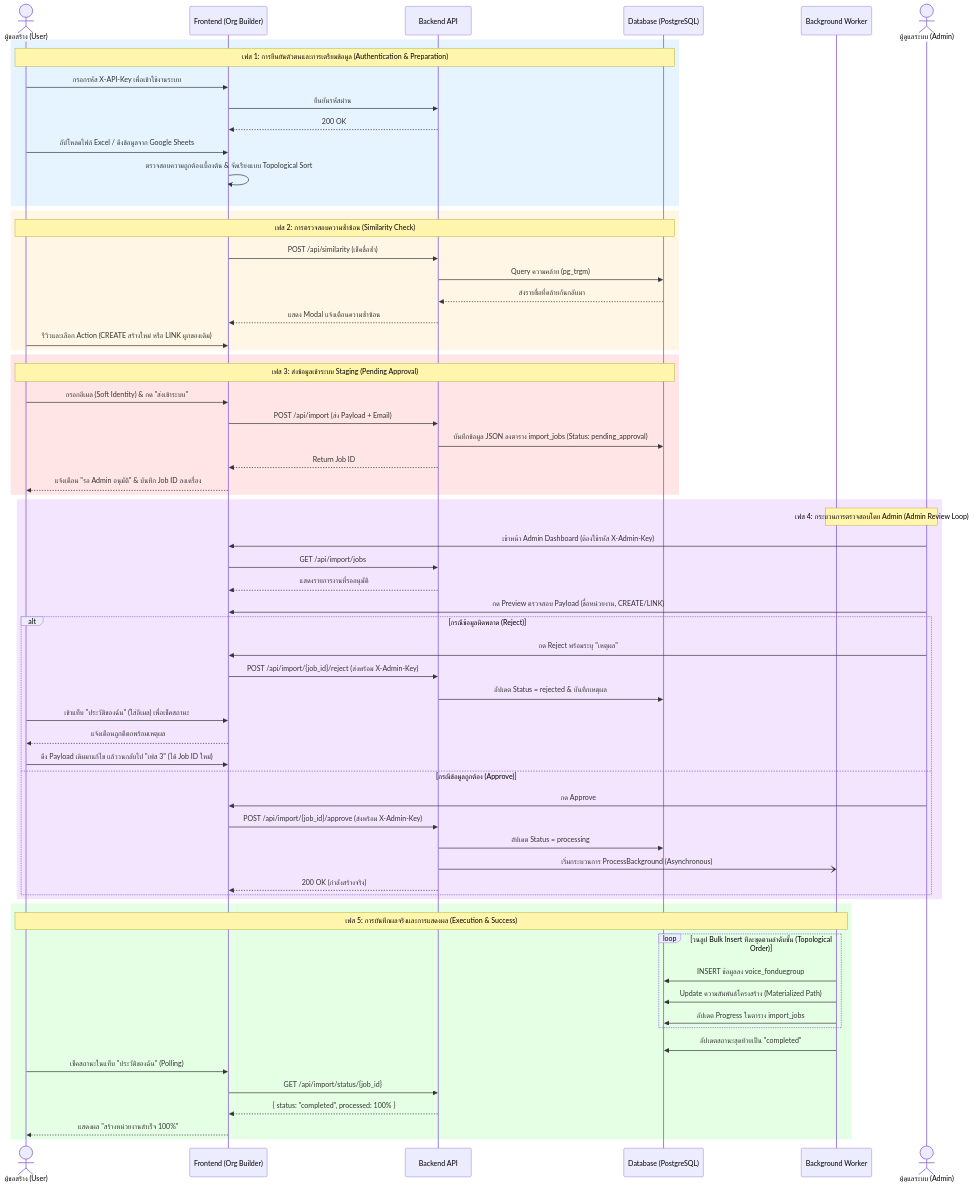
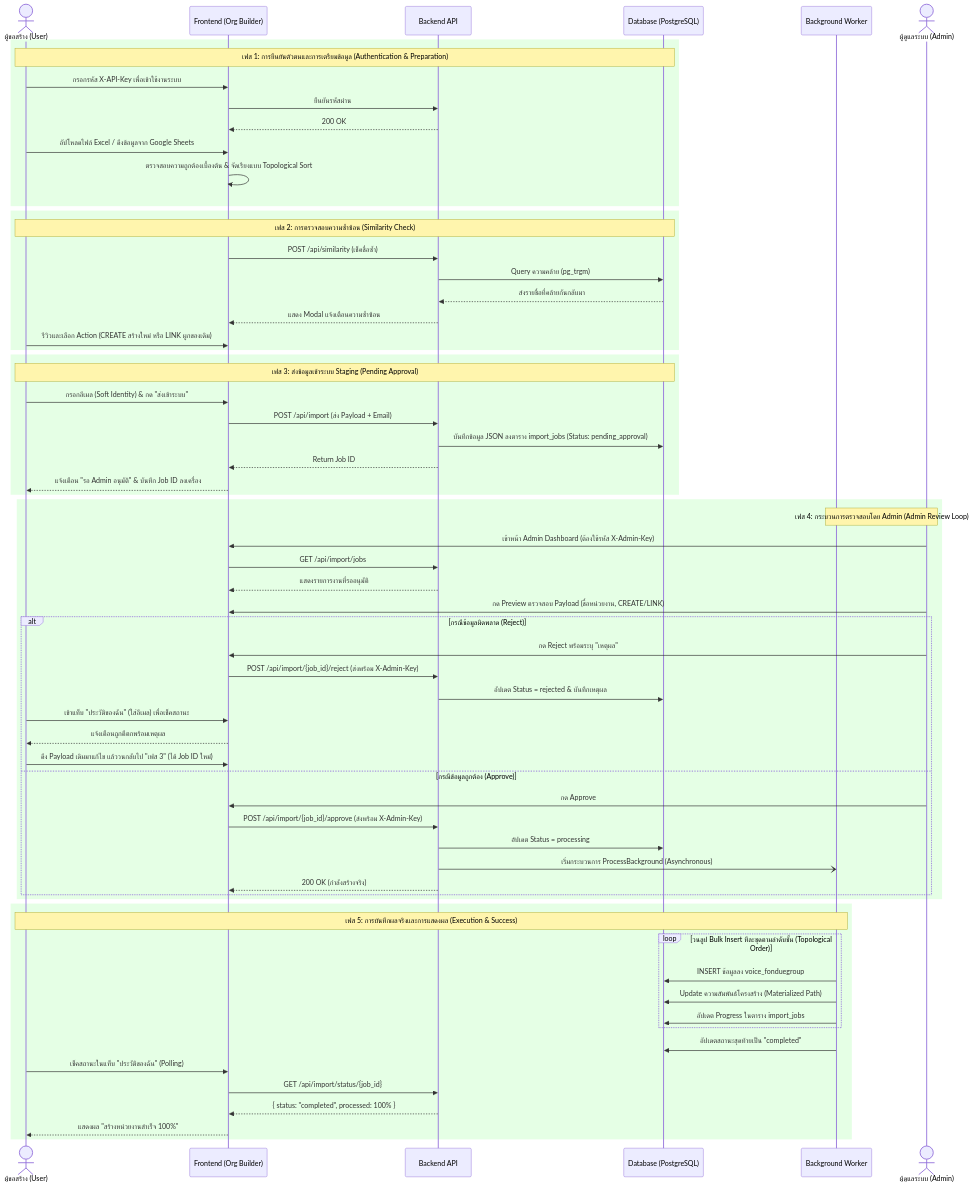
Before and after one commit to traffy-nectec/org-chart-creation: the second of 2 diagrams in README.md, drawn with Mermaid. The commit also changed other lines of this file, not shown here.

Commit message:
docs: mark all phases and components as completed in diagrams

````diff
--- a/README.md
+++ b/README.md
@@ -163,74 +163,74 @@
 ```mermaid
 sequenceDiagram
     actor User as ผู้ขอสร้าง (User)
     participant UI as Frontend (Org Builder)
     participant API as Backend API
     participant DB as Database (PostgreSQL)
     participant Worker as Background Worker
     actor Admin as ผู้ดูแลระบบ (Admin)
 
-    rect rgba(0, 150, 255, 0.1)
+    rect rgba(0, 255, 0, 0.1)
     Note over User, DB: เฟส 1: การยืนยันตัวตนและการเตรียมข้อมูล (Authentication & Preparation)
     User->>UI: กรอกรหัส X-API-Key เพื่อเข้าใช้งานระบบ
     UI->>API: ยืนยันรหัสผ่าน
     API-->>UI: 200 OK
     User->>UI: อัปโหลดไฟล์ Excel / ดึงข้อมูลจาก Google Sheets
     UI->>UI: ตรวจสอบความถูกต้องเบื้องต้น & จัดเรียงแบบ Topological Sort
     end
 
-    rect rgba(255, 165, 0, 0.1)
+    rect rgba(0, 255, 0, 0.1)
     Note over User, DB: เฟส 2: การตรวจสอบความซ้ำซ้อน (Similarity Check)
     UI->>API: POST /api/similarity (เช็คชื่อซ้ำ)
     API->>DB: Query ความคล้าย (pg_trgm)
     DB-->>API: ส่งรายชื่อที่คล้ายกันกลับมา
     API-->>UI: แสดง Modal แจ้งเตือนความซ้ำซ้อน
     User->>UI: รีวิวและเลือก Action (CREATE สร้างใหม่ หรือ LINK ผูกของเดิม)
     end
 
-    rect rgba(255, 0, 0, 0.1)
+    rect rgba(0, 255, 0, 0.1)
     Note over User, DB: เฟส 3: ส่งข้อมูลเข้าระบบ Staging (Pending Approval)
     User->>UI: กรอกอีเมล (Soft Identity) & กด "ส่งเข้าระบบ"
     UI->>API: POST /api/import (ส่ง Payload + Email)
     API->>DB: บันทึกข้อมูล JSON ลงตาราง import_jobs (Status: pending_approval)
     API-->>UI: Return Job ID
     UI-->>User: แจ้งเตือน "รอ Admin อนุมัติ" & บันทึก Job ID ลงเครื่อง
     end
 
-    rect rgba(150, 0, 255, 0.1)
+    rect rgba(0, 255, 0, 0.1)
     Note over Admin, Worker: เฟส 4: กระบวนการตรวจสอบโดย Admin (Admin Review Loop)
     Admin->>UI: เข้าหน้า Admin Dashboard (ต้องใช้รหัส X-Admin-Key)
     UI->>API: GET /api/import/jobs
     API-->>UI: แสดงรายการงานที่รออนุมัติ
     Admin->>UI: กด Preview ตรวจสอบ Payload (ชื่อหน่วยงาน, CREATE/LINK)
     
     alt กรณีข้อมูลผิดพลาด (Reject)
         Admin->>UI: กด Reject พร้อมระบุ "เหตุผล"
         UI->>API: POST /api/import/{job_id}/reject (ส่งพร้อม X-Admin-Key)
         API->>DB: อัปเดต Status = rejected & บันทึกเหตุผล
         User->>UI: เข้าแท็บ "ประวัติของฉัน" (ใส่อีเมล) เพื่อเช็คสถานะ
         UI-->>User: แจ้งเตือนถูกตีตกพร้อมเหตุผล
         User->>UI: ดึง Payload เดิมมาแก้ไข แล้ววนกลับไป "เฟส 3" (ได้ Job ID ใหม่)
     else กรณีข้อมูลถูกต้อง (Approve)
         Admin->>UI: กด Approve
         UI->>API: POST /api/import/{job_id}/approve (ส่งพร้อม X-Admin-Key)
         API->>DB: อัปเดต Status = processing
         API-)Worker: เริ่มกระบวนการ ProcessBackground (Asynchronous)
         API-->>UI: 200 OK (กำลังสร้างจริง)
     end
     end
 
     rect rgba(0, 255, 0, 0.1)
     Note over User, Worker: เฟส 5: การบันทึกผลจริงและการแสดงผล (Execution & Success)
     loop วนลูป Bulk Insert ทีละชุดตามลำดับชั้น (Topological Order)
         Worker->>DB: INSERT ข้อมูลลง voice_fonduegroup
         Worker->>DB: Update ความสัมพันธ์โครงสร้าง (Materialized Path)
         Worker->>DB: อัปเดต Progress ในตาราง import_jobs
     end
     Worker->>DB: อัปเดตสถานะสุดท้ายเป็น "completed"
     
     User->>UI: เช็คสถานะในแท็บ "ประวัติของฉัน" (Polling)
     UI->>API: GET /api/import/status/{job_id}
     API-->>UI: { status: "completed", processed: 100% }
     UI-->>User: แสดงผล "สร้างหน่วยงานสำเร็จ 100%"
     end
 ```
````
